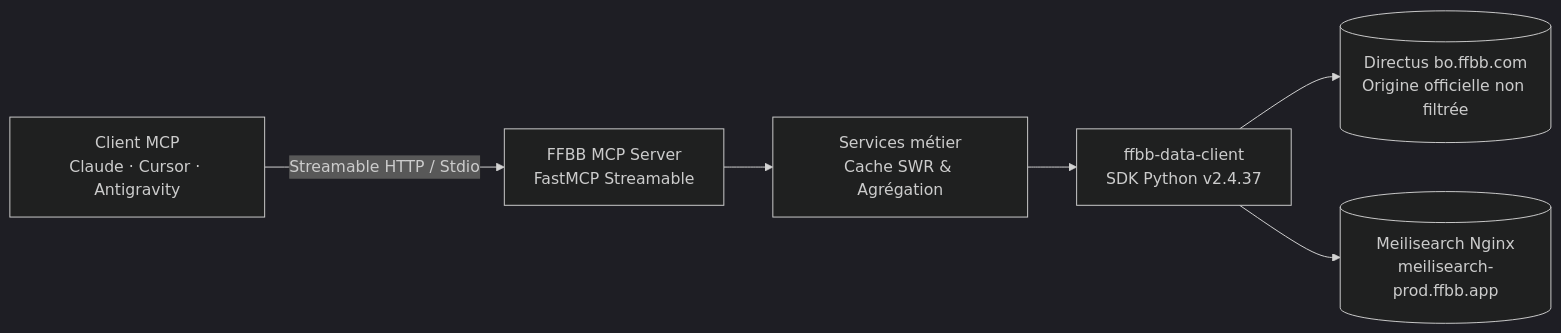
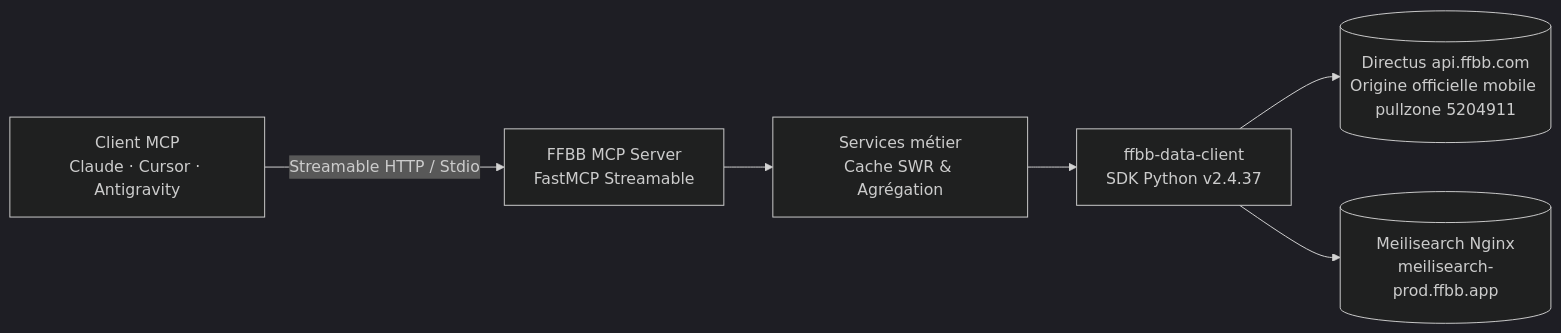
One commit to nickdesi/FFBB-MCP-Server changed the diagram in README.md. Above: the diagram before and after it, drawn with Mermaid (dark theme). The commit also changed other lines of this file and 4 other files, not shown here.

Commit message:
fix(client): align default base URL with official mobile API api.ffbb.com and update docs

````diff
--- a/README.md
+++ b/README.md
@@ -193,8 +193,8 @@
 ```mermaid
 flowchart LR
     A[Client MCP<br/>Claude · Cursor · Antigravity] -->|Streamable HTTP / Stdio| B[FFBB MCP Server<br/>FastMCP Streamable]
     B --> C[Services métier<br/>Cache SWR & Agrégation]
     C --> D[ffbb-data-client<br/>SDK Python v2.4.37]
-    D --> E[(Directus bo.ffbb.com<br/>Origine officielle non filtrée)]
+    D --> E[(Directus api.ffbb.com<br/>Origine officielle mobile pullzone 5204911)]
     D --> F[(Meilisearch Nginx<br/>meilisearch-prod.ffbb.app)]
 ```
````
